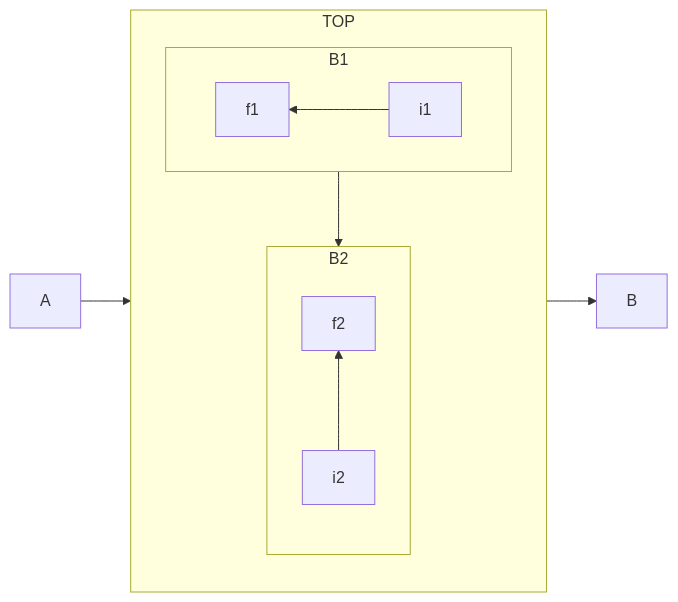
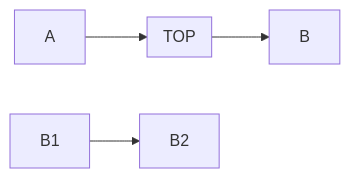
Before and after one commit to TW-Robotics/SAMYControl: the third of 3 diagrams in README.md, drawn with Mermaid.

````diff
--- a/README.md
+++ b/README.md
@@ -37,16 +37,7 @@
 ```mermaid
 flowchart LR
   subgraph TOP
-    direction TB
-    subgraph B1
-        direction RL
-        i1 -->f1
-    end
-    subgraph B2
-        direction BT
-        i2 -->f2
-    end
   end
   A --> TOP --> B
   B1 --> B2
 ```
````
